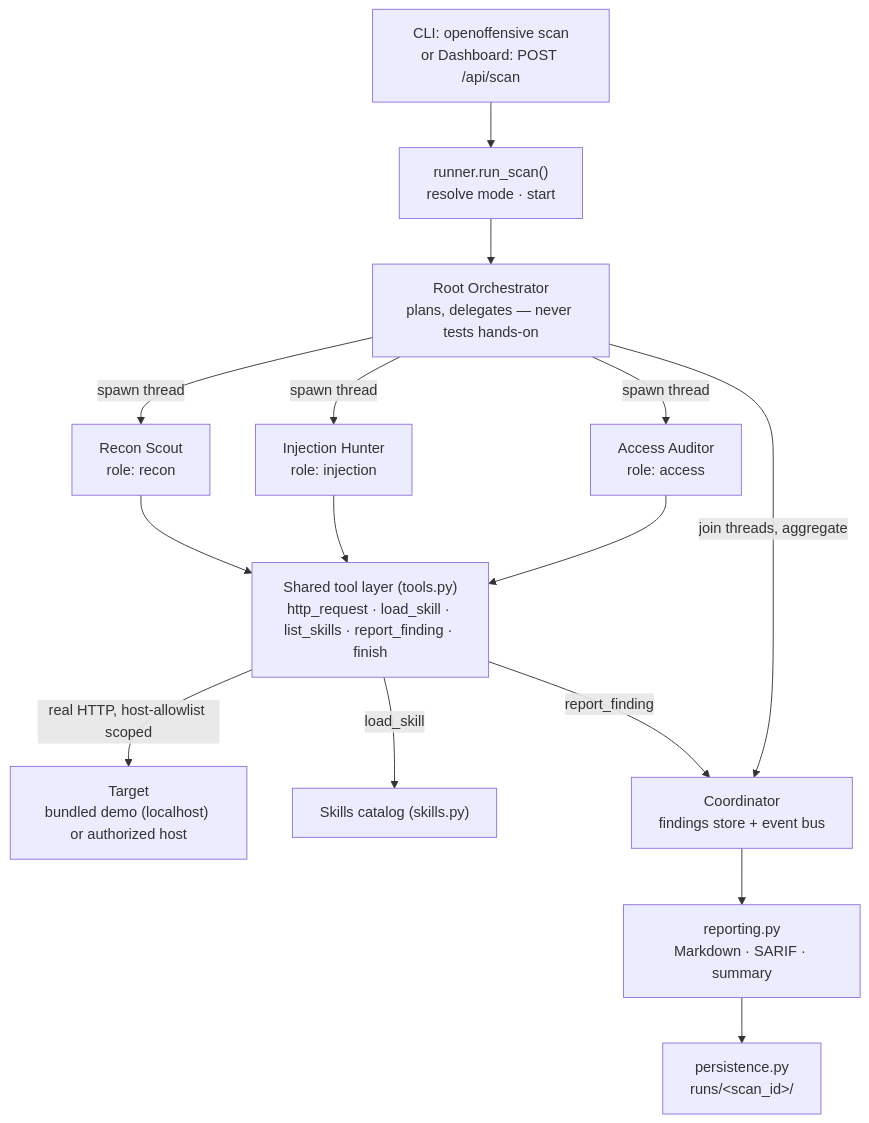
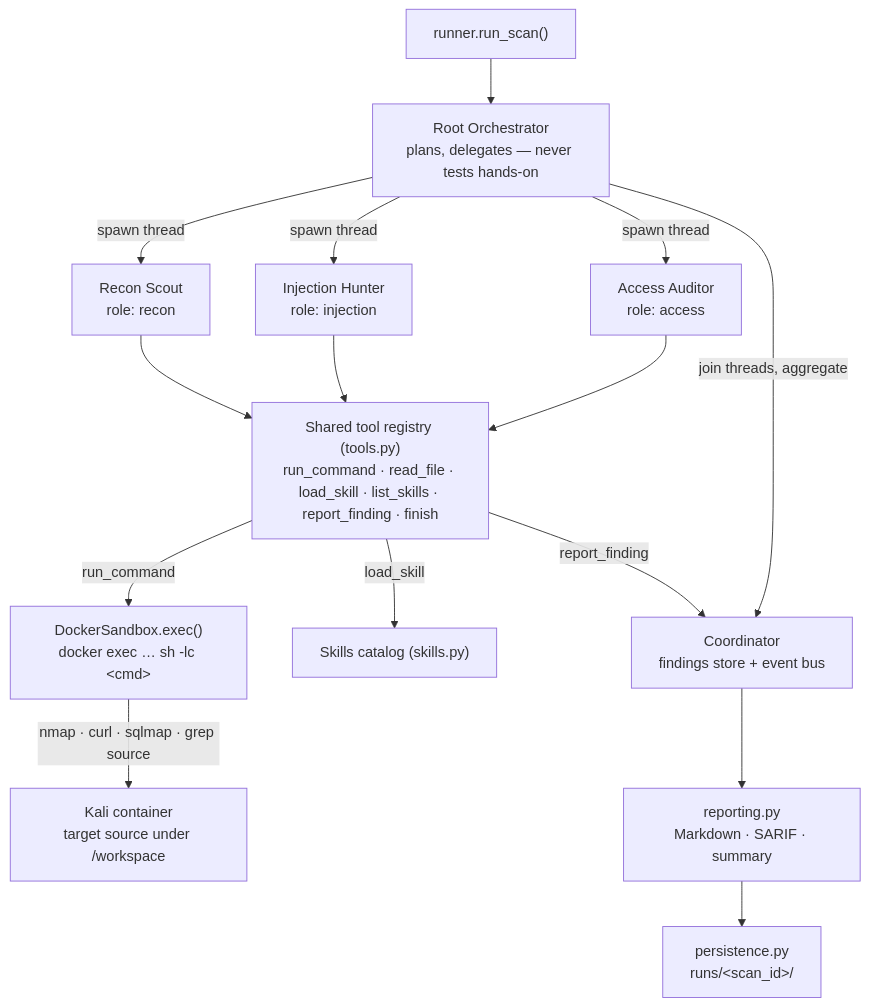
Before and after one commit to Ifthikar20/open-offensive: the second of 4 diagrams in docs/ARCHITECTURE.md, drawn with Mermaid. The commit also changed other lines of this file and 9 other files, not shown here.

````diff
--- a/docs/ARCHITECTURE.md
+++ b/docs/ARCHITECTURE.md
@@ -22,21 +59,21 @@
 ```mermaid
 flowchart TD
-    ENTRY["CLI: openoffensive scan<br/>or Dashboard: POST /api/scan"] --> RUN["runner.run_scan()<br/>resolve mode · start"]
-    RUN --> ROOT["Root Orchestrator<br/>plans, delegates — never tests hands-on"]
+    RUN["runner.run_scan()"] --> ROOT["Root Orchestrator<br/>plans, delegates — never tests hands-on"]
 
     ROOT -->|spawn thread| RECON["Recon Scout<br/>role: recon"]
     ROOT -->|spawn thread| INJ["Injection Hunter<br/>role: injection"]
     ROOT -->|spawn thread| ACC["Access Auditor<br/>role: access"]
 
-    RECON --> TOOLS["Shared tool layer (tools.py)<br/>http_request · load_skill · list_skills · report_finding · finish"]
+    RECON --> TOOLS["Shared tool registry (tools.py)<br/>run_command · read_file · load_skill · list_skills · report_finding · finish"]
     INJ --> TOOLS
     ACC --> TOOLS
 
-    TOOLS -->|real HTTP, host-allowlist scoped| TGT["Target<br/>bundled demo (localhost) or authorized host"]
+    TOOLS -->|run_command| SB["DockerSandbox.exec()<br/>docker exec … sh -lc &lt;cmd&gt;"]
+    SB -->|nmap · curl · sqlmap · grep source| CTR["Kali container<br/>target source under /workspace"]
     TOOLS -->|load_skill| SK["Skills catalog (skills.py)"]
     TOOLS -->|report_finding| COORD["Coordinator<br/>findings store + event bus"]
 
     ROOT -->|join threads, aggregate| COORD
     COORD --> REP["reporting.py<br/>Markdown · SARIF · summary"]
     REP --> STORE["persistence.py<br/>runs/&lt;scan_id&gt;/"]
 ```
````
